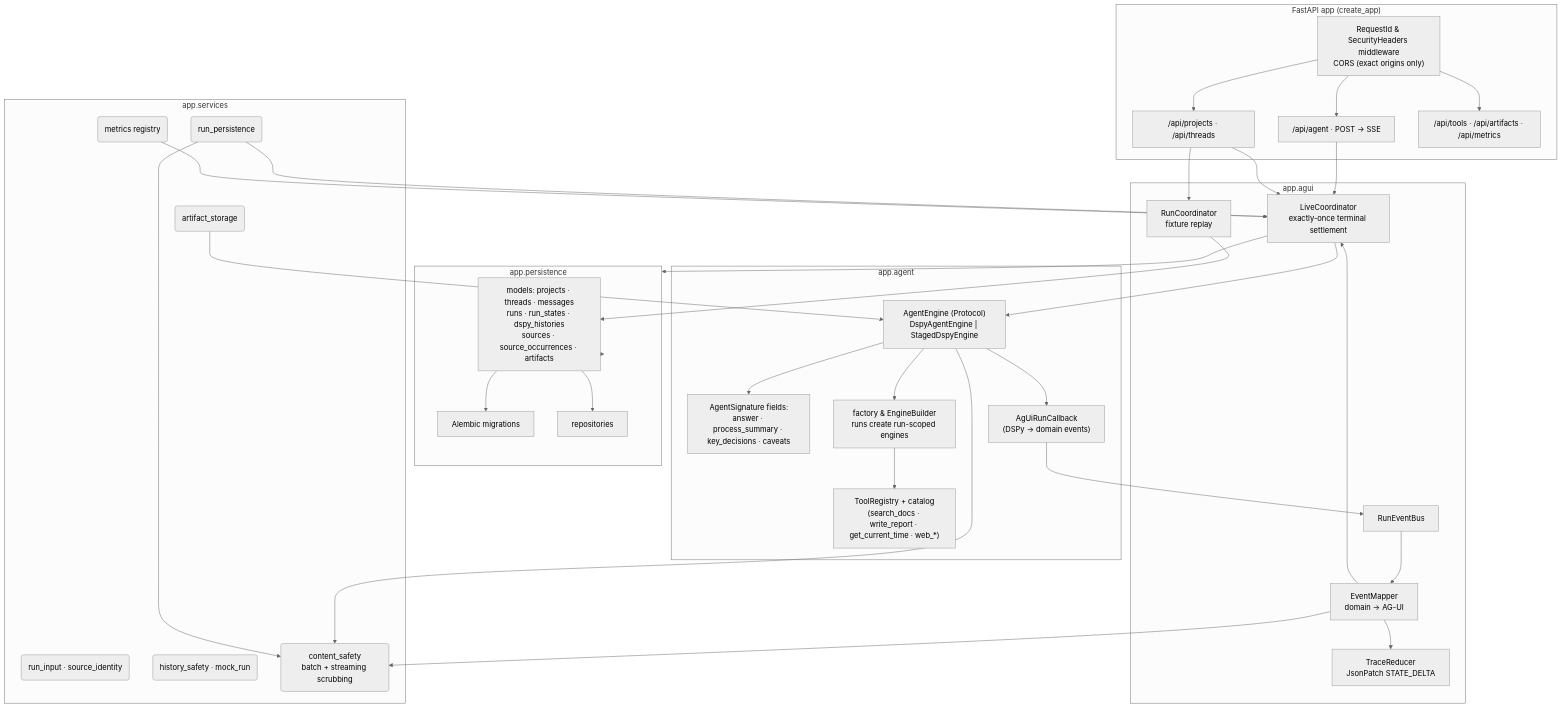
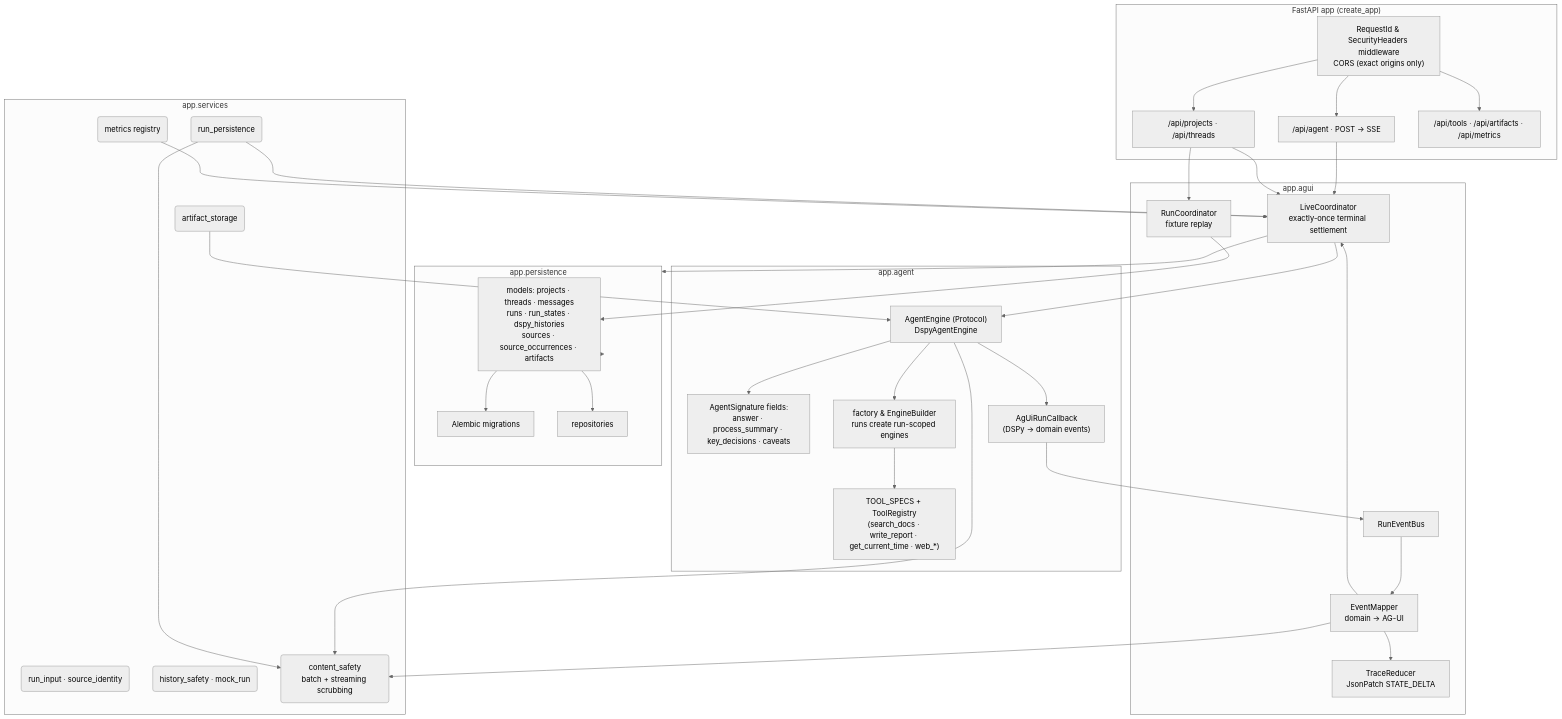
One commit to Qredence/fleet-agent changed the second of 5 diagrams in docs/architecture.md. Above: the diagram before and after it, drawn with Mermaid (neutral theme). The commit also changed other lines of this file and 147 other files, not shown here.

Commit message:
refactor: streamline agent architecture, declarative specs, and frontend UI

````diff
--- a/docs/architecture.md
+++ b/docs/architecture.md
@@ -55,49 +56,49 @@
 ```mermaid
 flowchart TB
     subgraph API["FastAPI app (create_app)"]
         SW["RequestId & SecurityHeaders middleware\nCORS (exact origins only)"]
         R1["/api/agent · POST → SSE"]
         R2["/api/projects · /api/threads"]
         R3["/api/tools · /api/artifacts · /api/metrics"]
     end
 
     subgraph AGENTSVC["app.agent"]
-        E["AgentEngine (Protocol)\nDspyAgentEngine | StagedDspyEngine"]
+        E["AgentEngine (Protocol)\nDspyAgentEngine"]
         SIG["AgentSignature fields:\nanswer · process_summary · key_decisions · caveats"]
         F["factory & EngineBuilder\nruns create run-scoped engines"]
-        TC["ToolRegistry + catalog\n(search_docs · write_report · get_current_time · web_*)"]
+        TC["TOOL_SPECS + ToolRegistry\n(search_docs · write_report · get_current_time · web_*)"]
         CB["AgUiRunCallback\n(DSPy → domain events)"]
     end
 
     subgraph AGUI["app.agui"]
         BC["RunEventBus"]
         LC["LiveCoordinator\nexactly-once terminal settlement"]
         RC["RunCoordinator\nfixture replay"]
         EMP["EventMapper\ndomain → AG-UI"]
         TR["TraceReducer\nJsonPatch STATE_DELTA"]
     end
 
     subgraph PERS["app.persistence"]
         MOD["models: projects · threads · messages\nruns · run_states · dspy_histories\nsources · source_occurrences · artifacts"]
         MIG["Alembic migrations"]
         REPO["repositories"]
     end
 
     subgraph SVC["app.services"]
         ART("artifact_storage")
         RPI("run_persistence")
         RUNI("run_input · source_identity")
         METR("metrics registry")
         HIST("history_safety · mock_run")
         SAFE("content_safety\nbatch + streaming scrubbing")
     end
 
     SW --> R1; SW --> R2; SW --> R3
     R1 --> LC; R2 --> LC; R2 --> RC
     LC --> E; RC --> MOD
     E --> F; E --> SIG; F --> TC; E --> CB
     CB --> BC; BC --> EMP; EMP --> TR; EMP --> LC
     LC --> PERS; PERS --> MOD; MOD --> MIG; MOD --> REPO
     ART --> E; RPI --> LC; METR --> LC
     E --> SAFE; EMP --> SAFE; RPI --> SAFE
 ```
````
